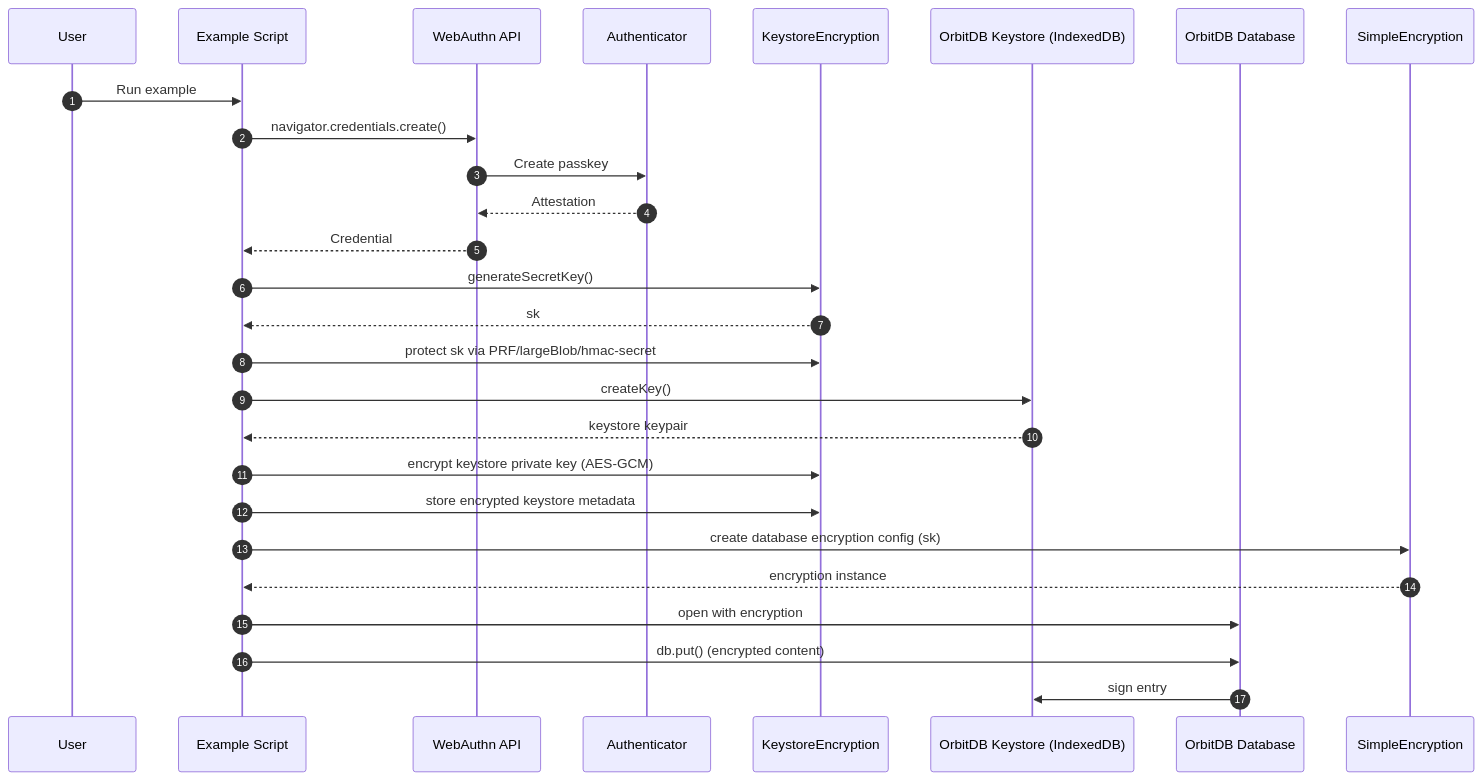
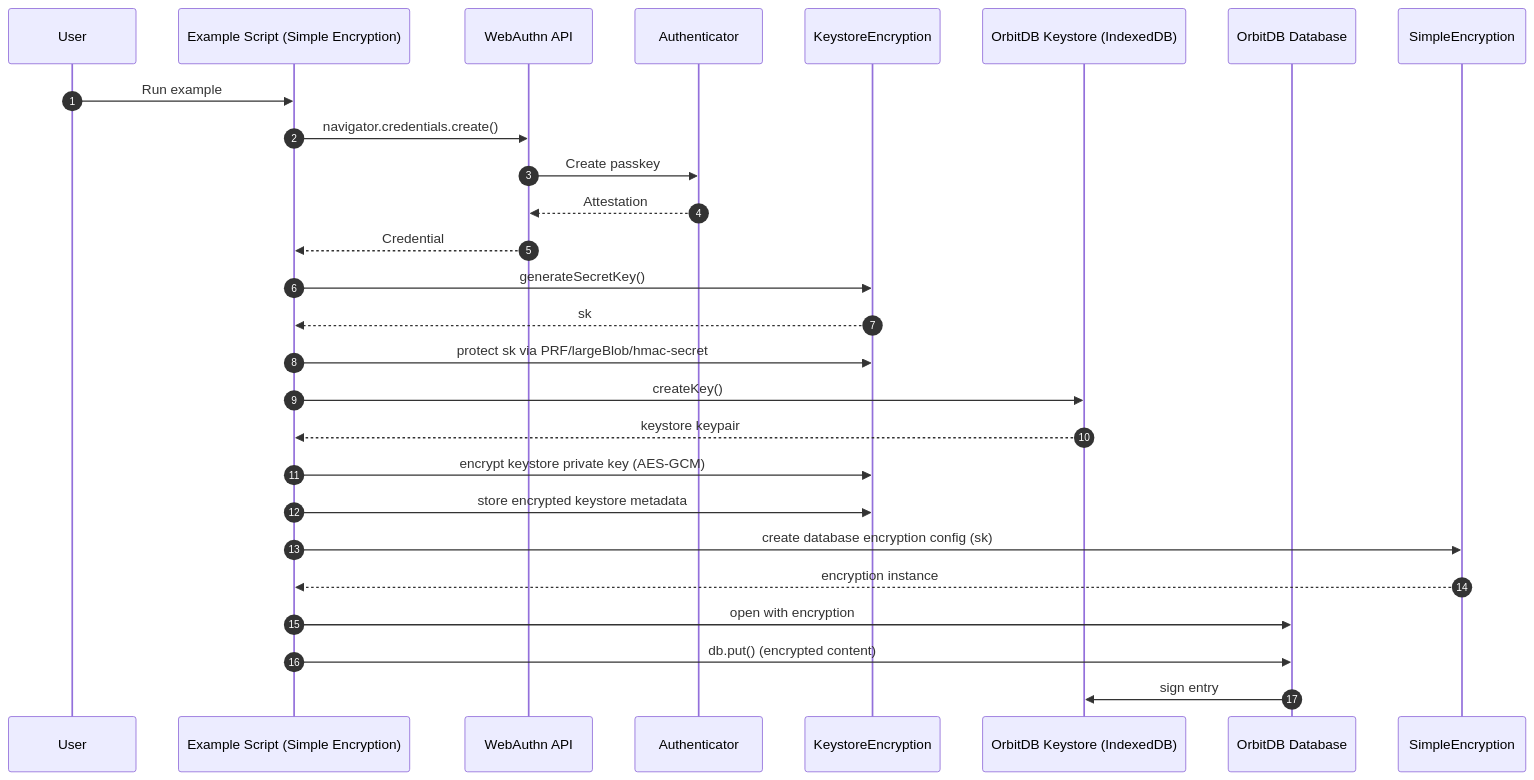
The third of 6 diagrams in docs/EXAMPLE-SEQUENCES.md (Le-Space/orbitdb-identity-provider-webauthn-did), drawn with Mermaid before and after one commit. The commit also changed other lines of this file and 1 other file, not shown here.

Commit message:
Update example sequences and CI command

````diff
--- a/docs/EXAMPLE-SEQUENCES.md
+++ b/docs/EXAMPLE-SEQUENCES.md
@@ -86,32 +86,32 @@
 ```mermaid
 sequenceDiagram
   autonumber
   participant User
-  participant App as Example Script
+  participant App as Example Script (Simple Encryption)
   participant WebAuthn as WebAuthn API
   participant Auth as Authenticator
   participant Enc as KeystoreEncryption
   participant KS as OrbitDB Keystore (IndexedDB)
   participant DB as OrbitDB Database
   participant SE as SimpleEncryption
 
   User->>App: Run example
   App->>WebAuthn: navigator.credentials.create()
   WebAuthn->>Auth: Create passkey
   Auth-->>WebAuthn: Attestation
   WebAuthn-->>App: Credential
 
   App->>Enc: generateSecretKey()
   Enc-->>App: sk
   App->>Enc: protect sk via PRF/largeBlob/hmac-secret
   App->>KS: createKey()
   KS-->>App: keystore keypair
   App->>Enc: encrypt keystore private key (AES-GCM)
   App->>Enc: store encrypted keystore metadata
 
   App->>SE: create database encryption config (sk)
   SE-->>App: encryption instance
   App->>DB: open with encryption
   App->>DB: db.put() (encrypted content)
   DB->>KS: sign entry
 ```
````
